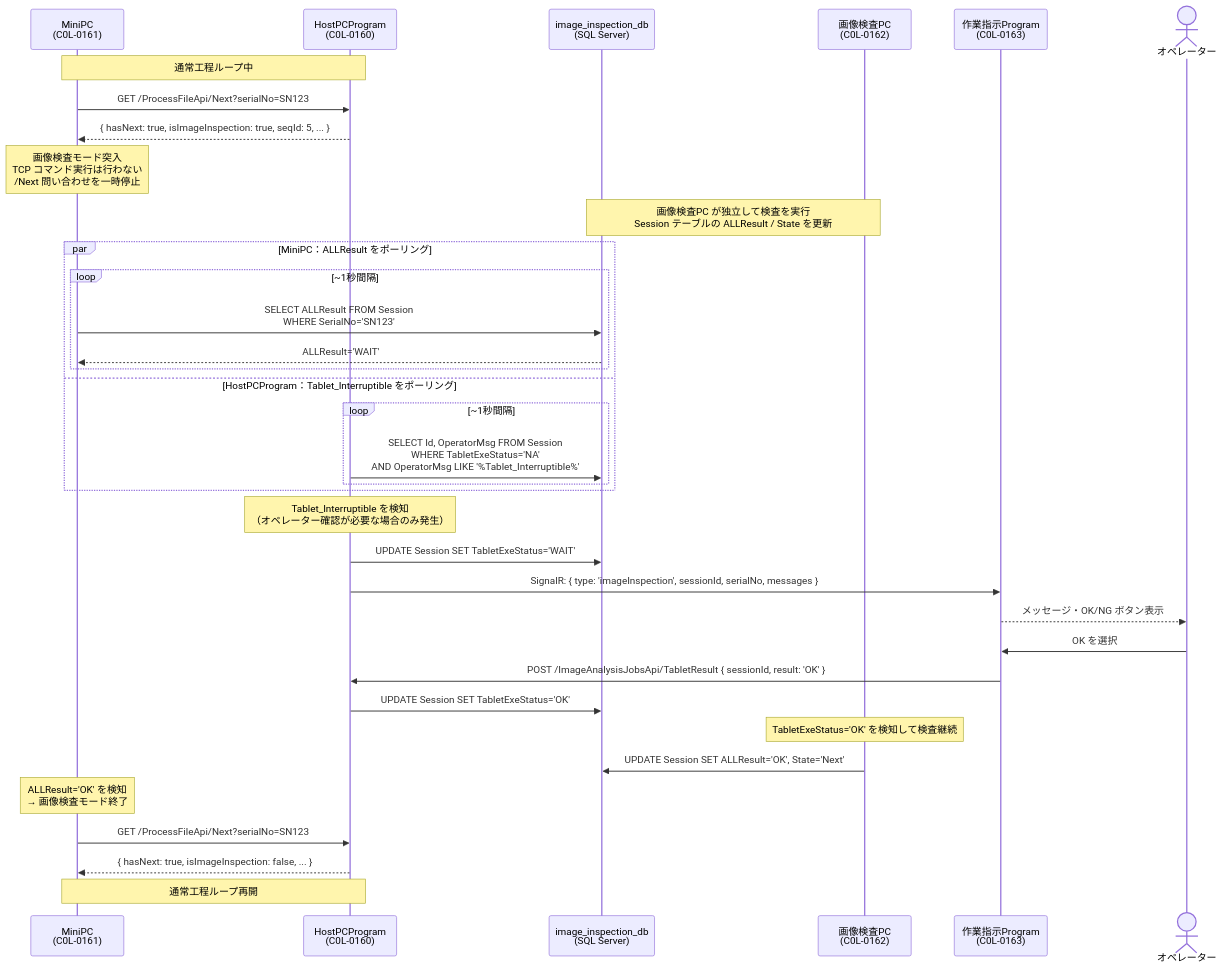
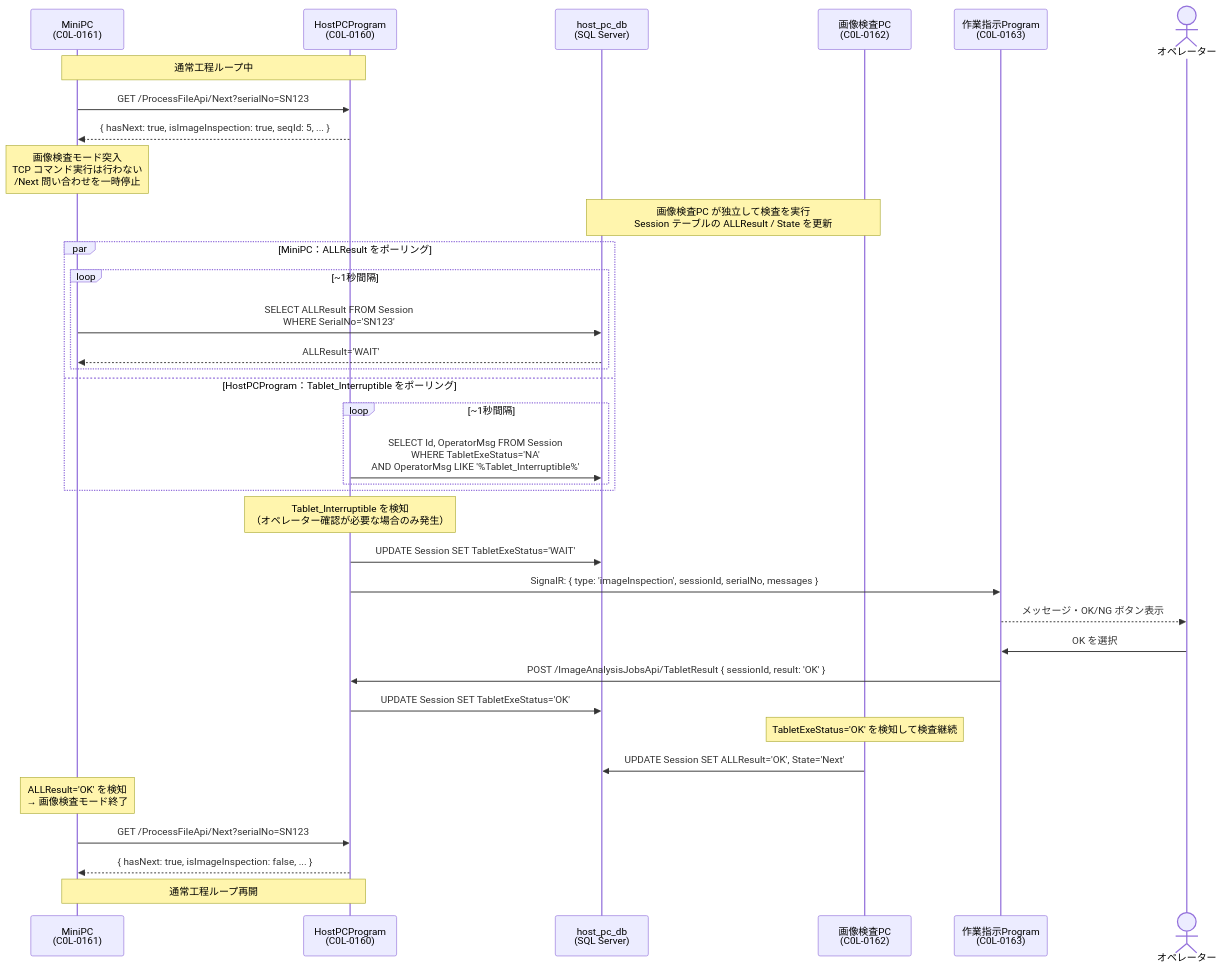
The fourth of 5 diagrams in docs/05_sequence.md (namagi14-lab/spica-warranty-design), drawn with Mermaid before and after one commit. The commit also changed other lines of this file and 10 other files, not shown here.

First line of the commit message:
Pivot to HostPcアプリ (CarrotRape) central architecture

````diff
--- a/docs/05_sequence.md
+++ b/docs/05_sequence.md
@@ -126,49 +129,49 @@
 ```mermaid
 sequenceDiagram
     participant M  as MiniPC<br>(C0L-0161)
     participant H  as HostPCProgram<br>(C0L-0160)
-    participant DB as image_inspection_db<br>(SQL Server)
+    participant DB as host_pc_db<br>(SQL Server)
     participant I  as 画像検査PC<br>(C0L-0162)
     participant T  as 作業指示Program<br>(C0L-0163)
     actor Op as オペレーター
 
     Note over M,H: 通常工程ループ中
 
     M->>H: GET /ProcessFileApi/Next?serialNo=SN123
     H-->>M: { hasNext: true, isImageInspection: true, seqId: 5, ... }
 
     Note over M: 画像検査モード突入<br>TCP コマンド実行は行わない<br>/Next 問い合わせを一時停止
 
     Note over I,DB: 画像検査PC が独立して検査を実行<br>Session テーブルの ALLResult / State を更新
 
     par MiniPC：ALLResult をポーリング
         loop ~1秒間隔
             M->>DB: SELECT ALLResult FROM Session<br>WHERE SerialNo='SN123'
             DB-->>M: ALLResult='WAIT'
         end
     and HostPCProgram：Tablet_Interruptible をポーリング
         loop ~1秒間隔
             H->>DB: SELECT Id, OperatorMsg FROM Session<br>WHERE TabletExeStatus='NA'<br>AND OperatorMsg LIKE '%Tablet_Interruptible%'
         end
     end
 
     Note over H: Tablet_Interruptible を検知<br>（オペレーター確認が必要な場合のみ発生）
 
     H->>DB: UPDATE Session SET TabletExeStatus='WAIT'
     H->>T: SignalR: { type: 'imageInspection', sessionId, serialNo, messages }
     T-->>Op: メッセージ・OK/NG ボタン表示
     Op->>T: OK を選択
     T->>H: POST /ImageAnalysisJobsApi/TabletResult { sessionId, result: 'OK' }
     H->>DB: UPDATE Session SET TabletExeStatus='OK'
 
     Note over I: TabletExeStatus='OK' を検知して検査継続
 
     I->>DB: UPDATE Session SET ALLResult='OK', State='Next'
 
     Note over M: ALLResult='OK' を検知<br>→ 画像検査モード終了
 
     M->>H: GET /ProcessFileApi/Next?serialNo=SN123
     H-->>M: { hasNext: true, isImageInspection: false, ... }
 
     Note over M,H: 通常工程ループ再開
 ```
````
